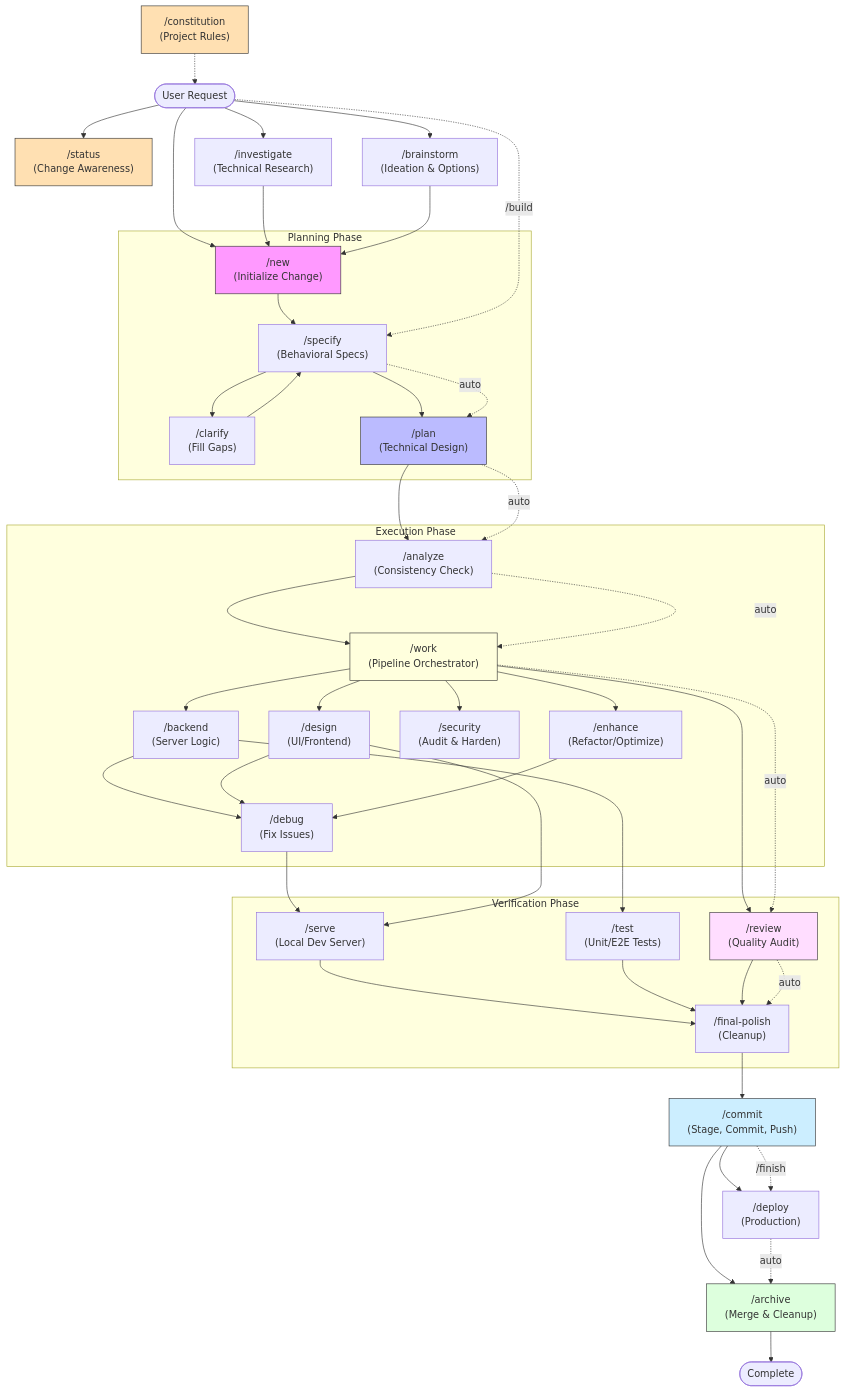
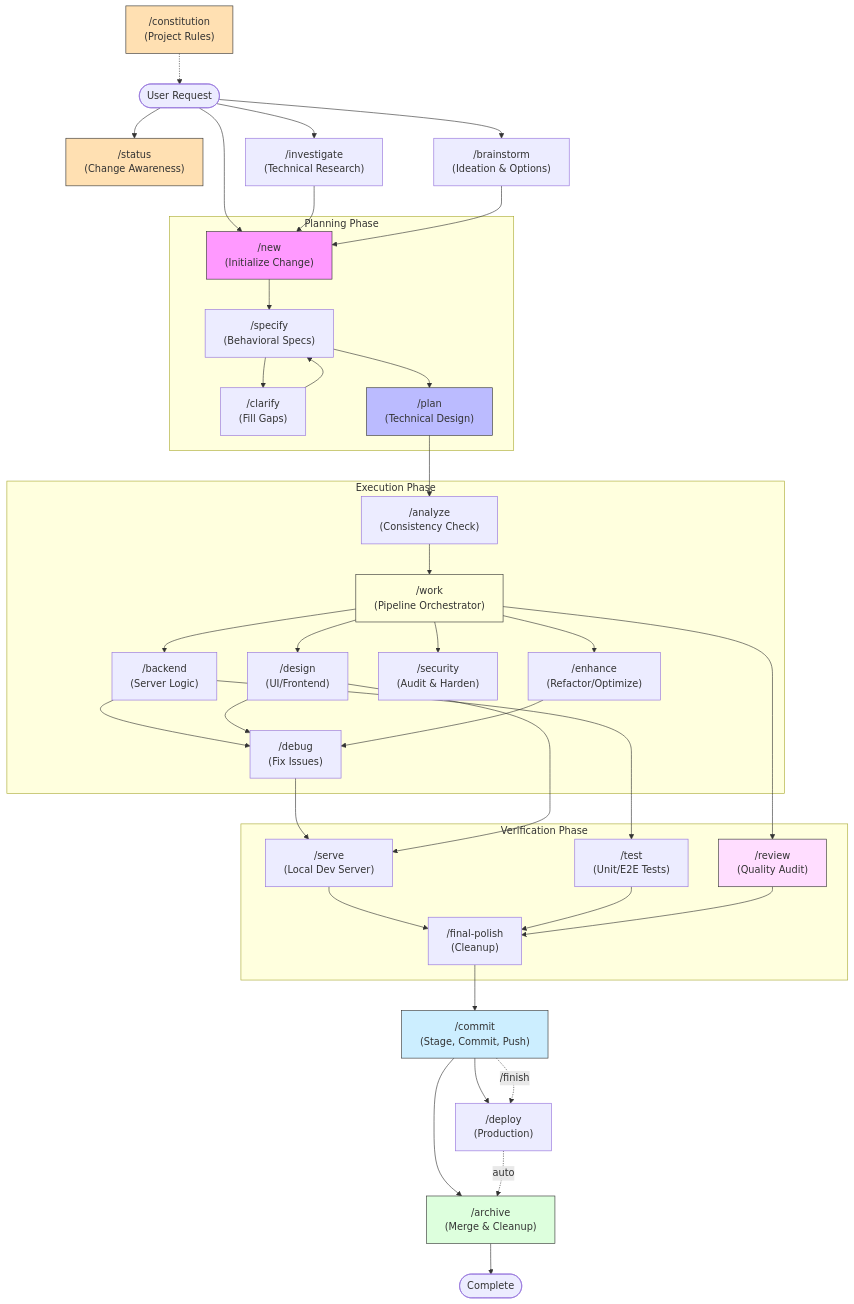
One commit to Ippollo/Specwright changed the diagram in docs/PROJECT_LIFECYCLE.md. Above: the diagram before and after it, drawn with Mermaid. The commit also changed other lines of this file and 21 other files, not shown here.

````diff
--- a/docs/PROJECT_LIFECYCLE.md
+++ b/docs/PROJECT_LIFECYCLE.md
@@ -7,72 +7,66 @@
 ```mermaid
 graph TD
     %% Governance
     Constitution["/constitution<br/>(Project Rules)"] -.-> Start
 
     %% Entry Points
     Start([User Request]) --> Status["/status<br/>(Change Awareness)"]
     Start --> Investigate["/investigate<br/>(Technical Research)"]
     Start --> Brainstorm["/brainstorm<br/>(Ideation & Options)"]
     Start --> New["/new<br/>(Initialize Change)"]
 
     %% Planning Flow
     Investigate --> New
     Brainstorm --> New
 
     subgraph "Planning Phase"
         New --> Specify["/specify<br/>(Behavioral Specs)"]
         Specify --> Clarify["/clarify<br/>(Fill Gaps)"]
         Clarify --> Specify
         Specify --> Plan["/plan<br/>(Technical Design)"]
     end
 
     %% Execution Phase
     subgraph "Execution Phase"
         Plan --> Analyze["/analyze<br/>(Consistency Check)"]
         Analyze --> Work["/work<br/>(Pipeline Orchestrator)"]
         Work --> Backend["/backend<br/>(Server Logic)"]
         Work --> Design["/design<br/>(UI/Frontend)"]
         Work --> Security["/security<br/>(Audit & Harden)"]
         Work --> Enhance["/enhance<br/>(Refactor/Optimize)"]
 
         Backend --> Debug["/debug<br/>(Fix Issues)"]
         Design --> Debug
         Enhance --> Debug
     end
 
     %% Verification & Completion
     subgraph "Verification Phase"
         Debug --> Serve["/serve<br/>(Local Dev Server)"]
         Backend --> Test["/test<br/>(Unit/E2E Tests)"]
         Design --> Serve
         Work --> Review["/review<br/>(Quality Audit)"]
         Serve --> Final["/final-polish<br/>(Cleanup)"]
         Test --> Final
         Review --> Final
     end
 
     Final --> Commit["/commit<br/>(Stage, Commit, Push)"]
     Commit --> Deploy["/deploy<br/>(Production)"]
     Commit --> Archive["/archive<br/>(Merge & Cleanup)"]
     Archive --> End([Complete])
 
-    %% Mega-workflows
-    Start -. "/build" .-> Specify
-    Specify -. auto .-> Plan
-    Plan -. auto .-> Analyze
-    Analyze -. auto .-> Work
-    Work -. auto .-> Review
-    Review -. auto .-> Final
+    %% Mega-workflow
     Commit -. "/finish" .-> Deploy
     Deploy -. auto .-> Archive
 
     %% Styling
     style Constitution fill:#ffe0b2,stroke:#333
     style Status fill:#ffe0b2,stroke:#333
     style Work fill:#ffd,stroke:#333
     style New fill:#f9f,stroke:#333
     style Archive fill:#dfd,stroke:#333
     style Commit fill:#cef,stroke:#333
     style Plan fill:#bbf,stroke:#333
     style Review fill:#fdf,stroke:#333
 ```
````
